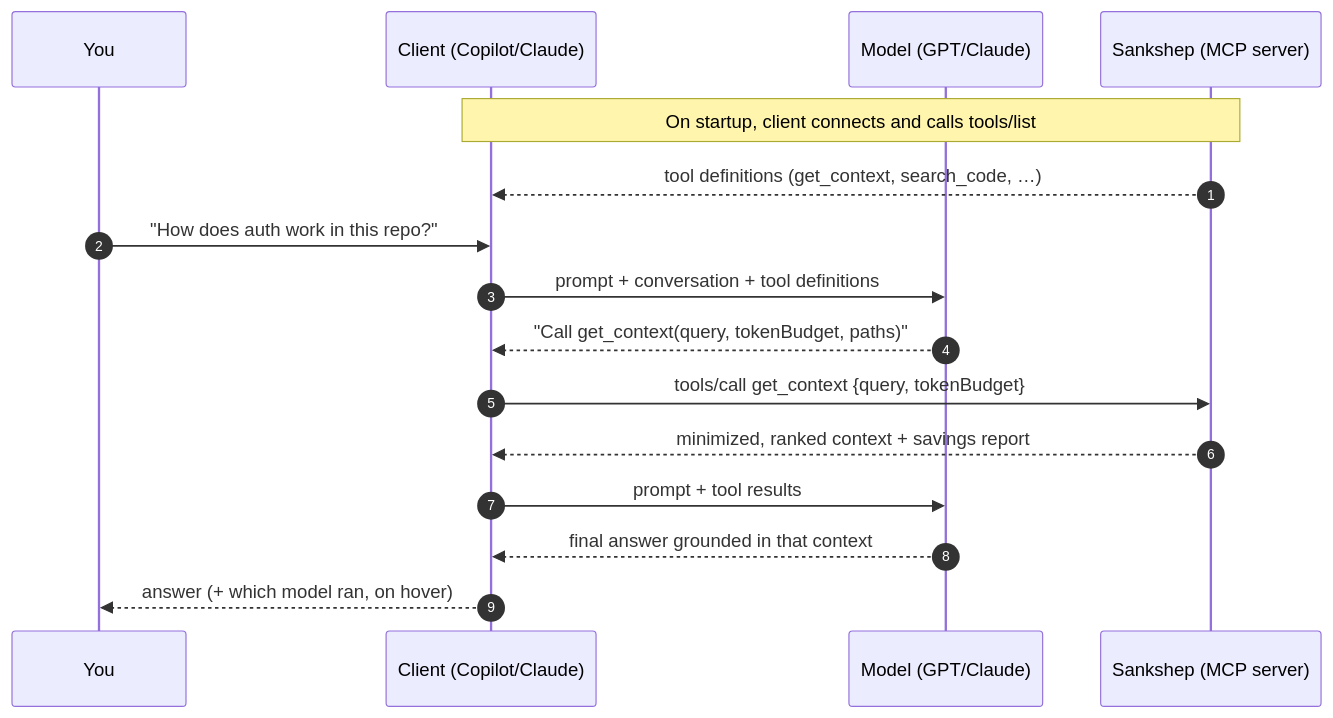
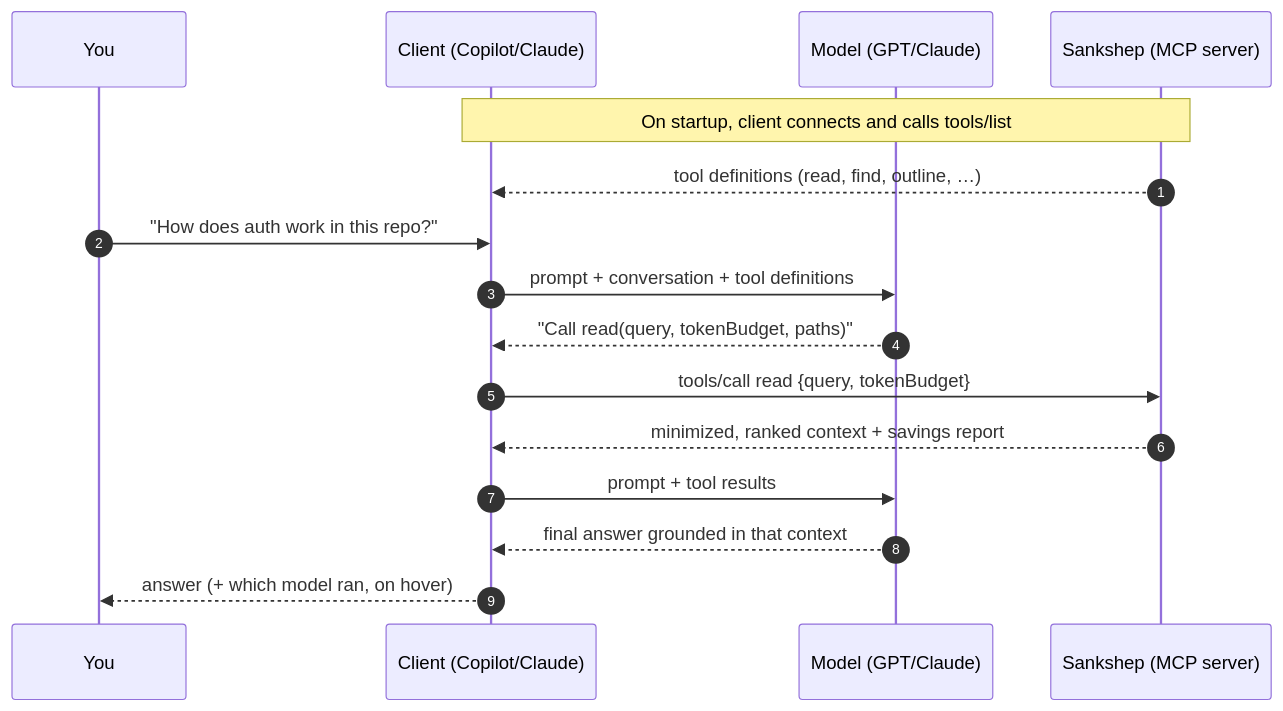
The fourth of 7 diagrams in docs/how-it-works.md (nitinpawar28/sankshep-docs), drawn with Mermaid before and after one commit. The commit also changed other lines of this file and 19 other files, not shown here.

````diff
--- a/docs/how-it-works.md
+++ b/docs/how-it-works.md
@@ -148,19 +150,19 @@
 ```mermaid
 sequenceDiagram
     autonumber
     participant U as You
     participant Client as Client (Copilot/Claude)
     participant Model as Model (GPT/Claude)
     participant S as Sankshep (MCP server)
 
     Note over Client,S: On startup, client connects and calls tools/list
-    S-->>Client: tool definitions (get_context, search_code, …)
+    S-->>Client: tool definitions (read, find, outline, …)
     U->>Client: "How does auth work in this repo?"
     Client->>Model: prompt + conversation + tool definitions
-    Model-->>Client: "Call get_context(query, tokenBudget, paths)"
-    Client->>S: tools/call get_context {query, tokenBudget}
+    Model-->>Client: "Call read(query, tokenBudget, paths)"
+    Client->>S: tools/call read {query, tokenBudget}
     S-->>Client: minimized, ranked context + savings report
     Client->>Model: prompt + tool results
     Model-->>Client: final answer grounded in that context
     Client-->>U: answer (+ which model ran, on hover)
 ```
````
